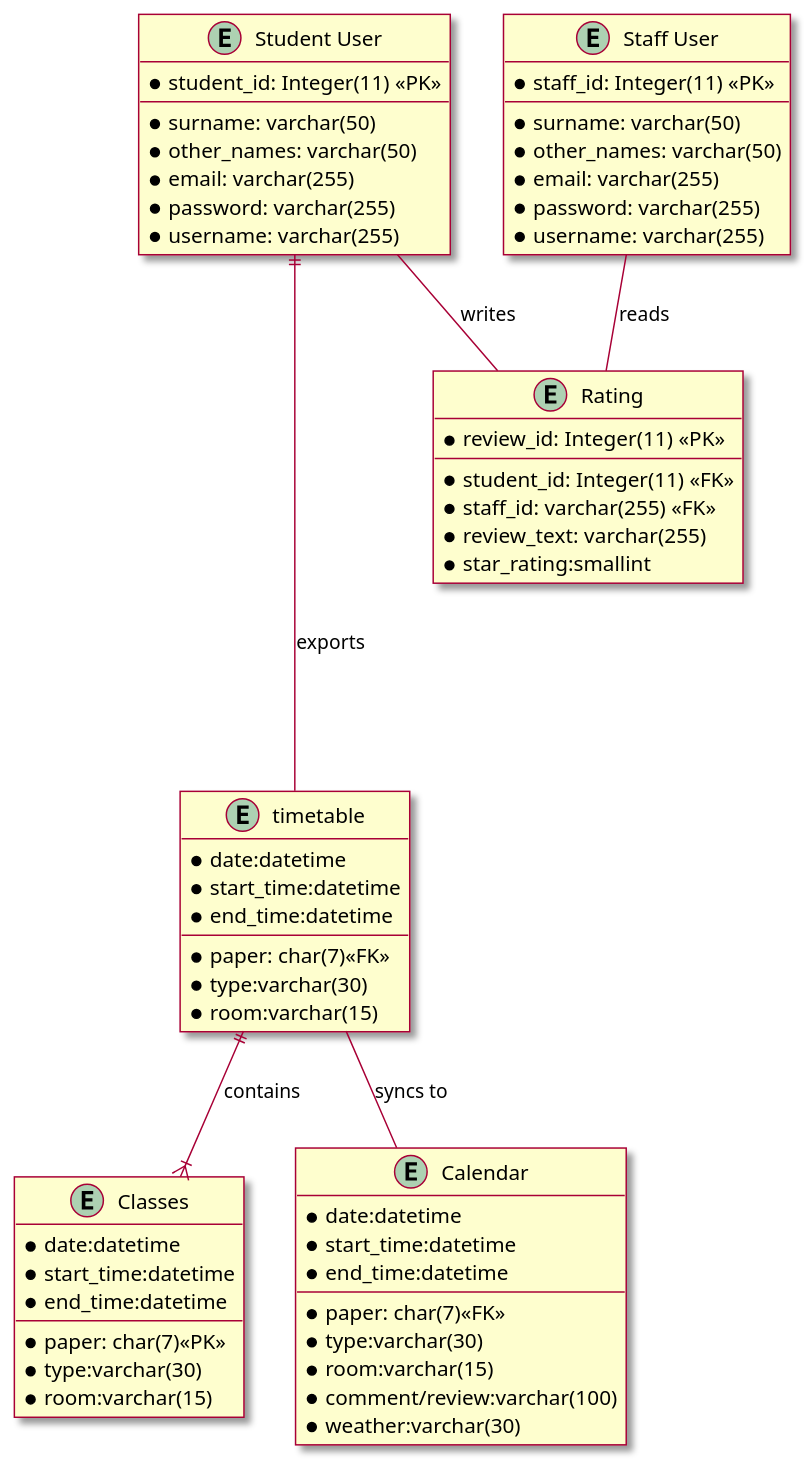
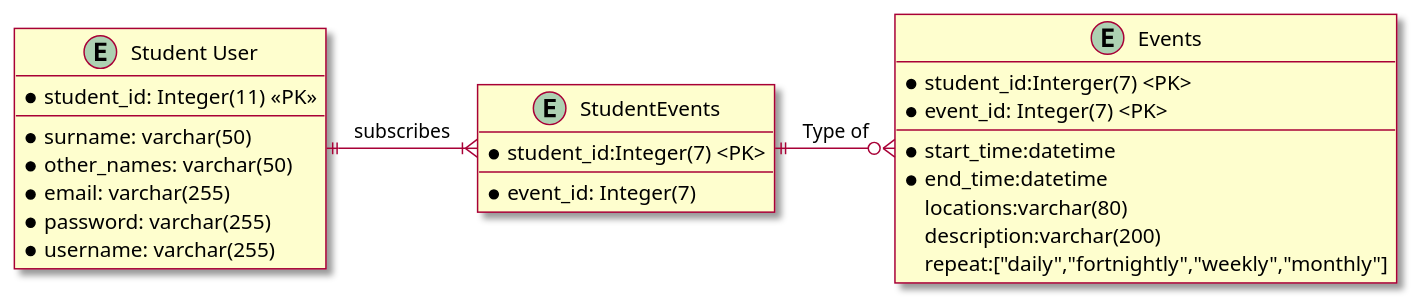
One commit to StuCal-INFO310/Stucal changed the diagram in erd.puml. Above: the diagram before and after it, drawn with PlantUML.

Commit message:
Modified ERD domain

```diff
--- a/erd.puml
+++ b/erd.puml
@@ -1,77 +1,81 @@
 @startuml entity relationship diagram
 skin rose
 ' ======= Entities =======
 
 entity "Student User" as student {
   *student_id: Integer(11) <<PK>>
   --
   *surname: varchar(50)
   *other_names: varchar(50)
   *email: varchar(255)
   *password: varchar(255)
   *username: varchar(255)
 } 
 
-entity "Staff User" as staff {
-  *staff_id: Integer(11) <<PK>>
+entity "Events" as event{
+  *student_id:Interger(7) <PK>
+  *event_id: Integer(7) <PK>
   --
-  *surname: varchar(50)
-  *other_names: varchar(50)
-  *email: varchar(255)
-  *password: varchar(255)
-  *username: varchar(255)
-} 
-
-entity "timetable" as timetable{
-  *paper: char(7)<<FK>>
-  *date:datetime
   *start_time:datetime
   *end_time:datetime
-  *type:varchar(30)
-  *room:varchar(15)
-
+  locations:varchar(80)
+  description:varchar(200)
+  repeat:["daily","fortnightly","weekly","monthly"]
 }
 
-entity "Classes" as class{
-    *paper: char(7)<<PK>>
-    *date:datetime
-    *start_time:datetime
-    *end_time:datetime
-    *type:varchar(30)
-    *room:varchar(15)
-
+entity "StudentEvents" as sevents{
+  *student_id:Integer(7) <PK>
+  --
+  *event_id: Integer(7)
 }
 
 
-entity "Calendar" as calendar{
-  *paper: char(7)<<FK>>
-  *date:datetime
-  *start_time:datetime
-  *end_time:datetime
-  *type:varchar(30)
-  *room:varchar(15)
-  *comment/review:varchar(100)
-  *weather:varchar(30)
-}
 
-entity "Rating" as rating{
-    *review_id: Integer(11) <<PK>>
-    --
-    *student_id: Integer(11) <<FK>>
-    *staff_id: varchar(255) <<FK>>
-    *review_text: varchar(255)
-    *star_rating:smallint
-}
+
+' entity "timetable" as timetable{
+'   *paper: char(7)<<FK>>
+'   *date:datetime
+'   *start_time:datetime
+'   *end_time:datetime
+'   *type:varchar(30)
+'   *room:varchar(15)
+
+' }
+
+' entity "Classes" as class{
+'     *paper: char(7)<<PK>>
+'     *date:datetime
+'     *start_time:datetime
+'     *end_time:datetime
+'     *type:varchar(30)
+'     *room:varchar(15)
+
+' }
+
+' entity "Keydates" as key{
+'   *event_name:
+'   *start_time:
+'   *end_time:
+'    location:
+'    type:
+' }
+
+' entity "Calendar" as calendar{
+'   *paper: char(7)<<FK>>
+'   *date:datetime
+'   *type:varchar(30)
+'   *room:varchar(15)
+'   *comment/review:varchar(100)
+' }
+
 
 ' ======= Relationships =======
 
 ' Note: the \r is a right-aligned line break (\l is left-aligned, and \n is centred)
-student ||----timetable : exports
-timetable -- calendar:syncs to
-timetable ||--|{ class : contains
-student -- rating : writes
-staff -- rating: reads
+
+student ||-|{ sevents : subscribes
+sevents ||-o{event:Type of 
 
 
 
 @enduml
```
